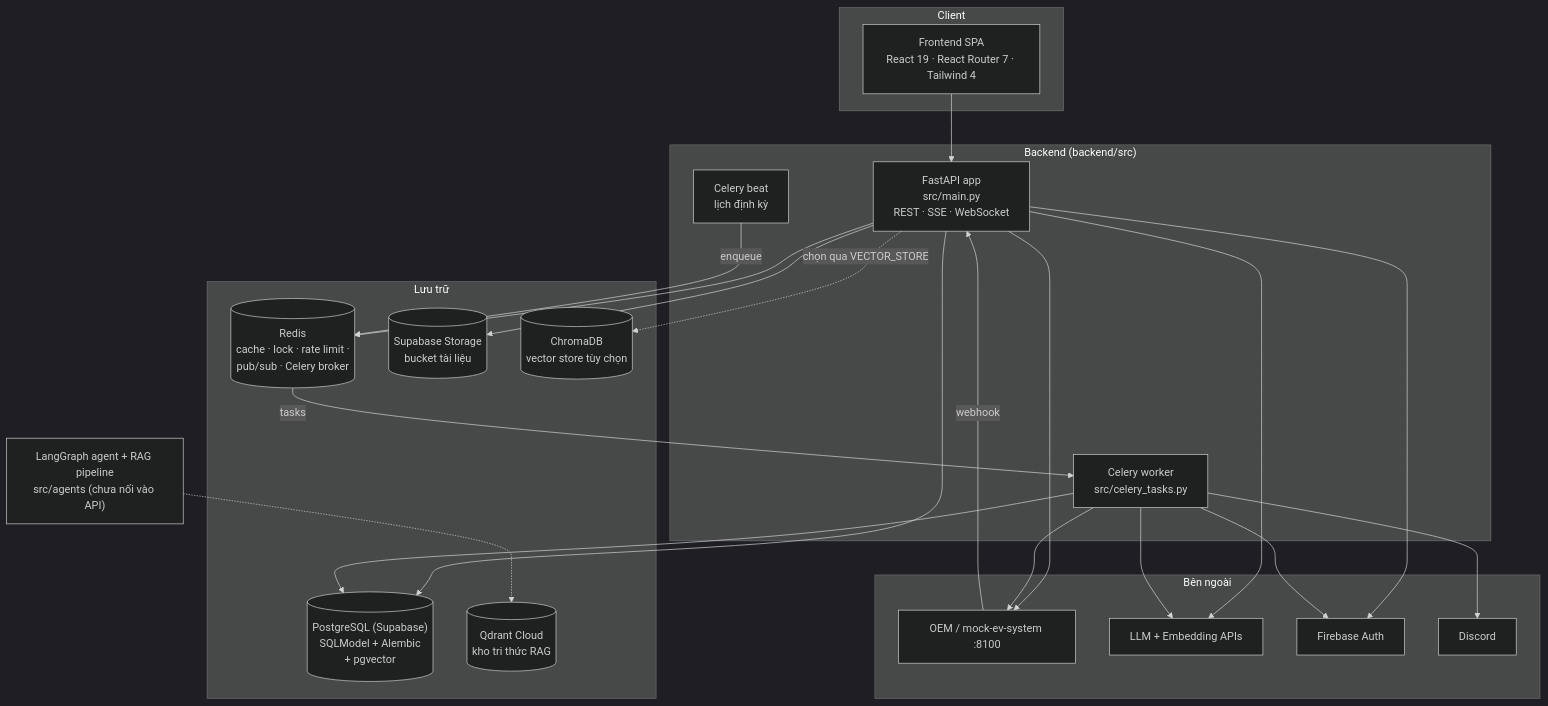
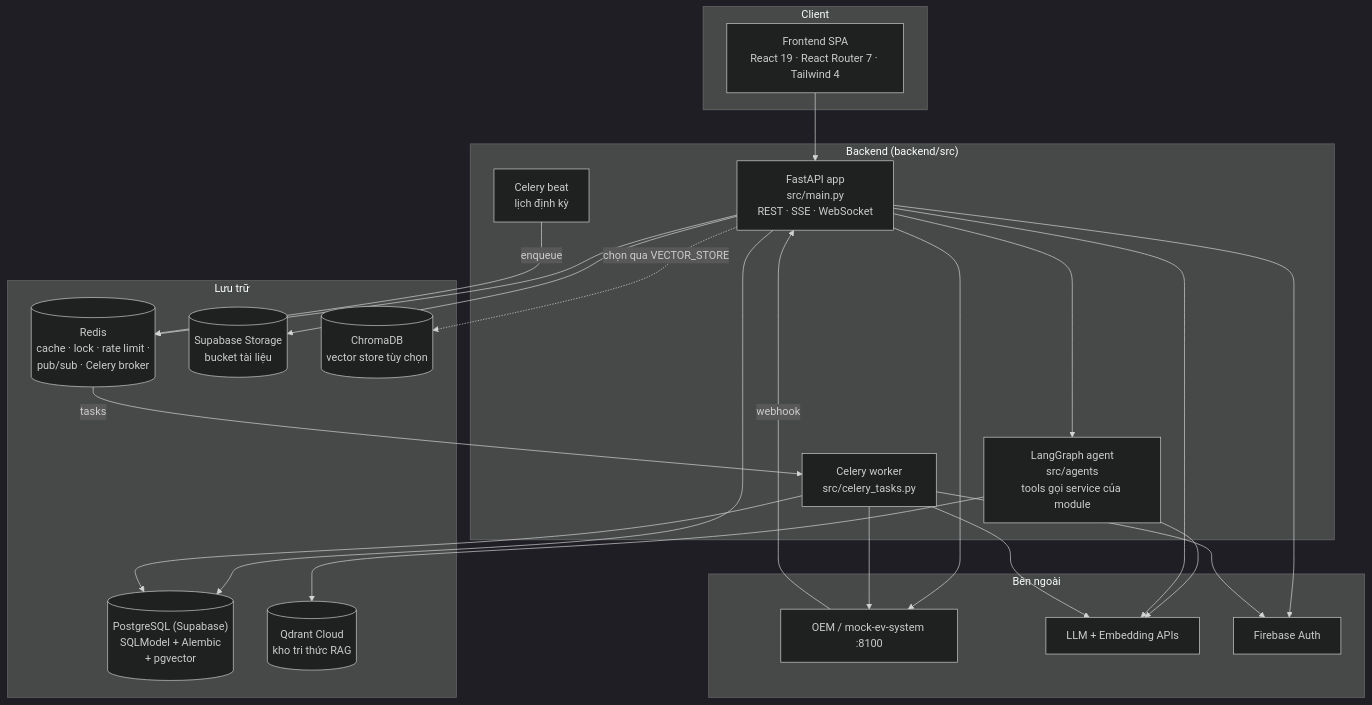
One commit to tungld9999blacksmith/mvp-40-days-deployments-team-146 changed the second of 7 diagrams in docs/architecture.md. Above: the diagram before and after it, drawn with Mermaid (dark theme). The commit also changed other lines of this file and 505 other files, not shown here.

````diff
--- a/docs/architecture.md
+++ b/docs/architecture.md
@@ -45,47 +45,48 @@
 ```mermaid
 flowchart TB
     subgraph Client
         FE["Frontend SPA<br/>React 19 · React Router 7 · Tailwind 4"]
     end
 
     subgraph Backend["Backend (backend/src)"]
         API["FastAPI app<br/>src/main.py<br/>REST · SSE · WebSocket"]
+        Agent["LangGraph agent<br/>src/agents<br/>tools gọi service của module"]
         Worker["Celery worker<br/>src/celery_tasks.py"]
         Beat["Celery beat<br/>lịch định kỳ"]
     end
 
     subgraph Data["Lưu trữ"]
         PG[("PostgreSQL (Supabase)<br/>SQLModel + Alembic<br/>+ pgvector")]
         Redis[("Redis<br/>cache · lock · rate limit ·<br/>pub/sub · Celery broker")]
         Bucket[("Supabase Storage<br/>bucket tài liệu")]
         Qdrant[("Qdrant Cloud<br/>kho tri thức RAG")]
         Chroma[("ChromaDB<br/>vector store tùy chọn")]
     end
 
     subgraph External["Bên ngoài"]
         OEM["OEM / mock-ev-system :8100"]
         LLM["LLM + Embedding APIs"]
         FB["Firebase Auth"]
-        DC["Discord"]
     end
 
     FE --> API
+    API --> Agent
+    Agent --> Qdrant
+    Agent --> LLM
     API --> PG
     API --> Redis
     API --> Bucket
     API --> LLM
     API --> FB
     API --> OEM
     OEM -- webhook --> API
 
     Beat -- enqueue --> Redis
     Redis -- tasks --> Worker
     Worker --> PG
     Worker --> OEM
     Worker --> LLM
-    Worker --> DC
     Worker --> FB
 
     API -. chọn qua VECTOR_STORE .-> Chroma
-    Agent["LangGraph agent + RAG pipeline<br/>src/agents (chưa nối vào API)"] -.-> Qdrant
 ```
````
